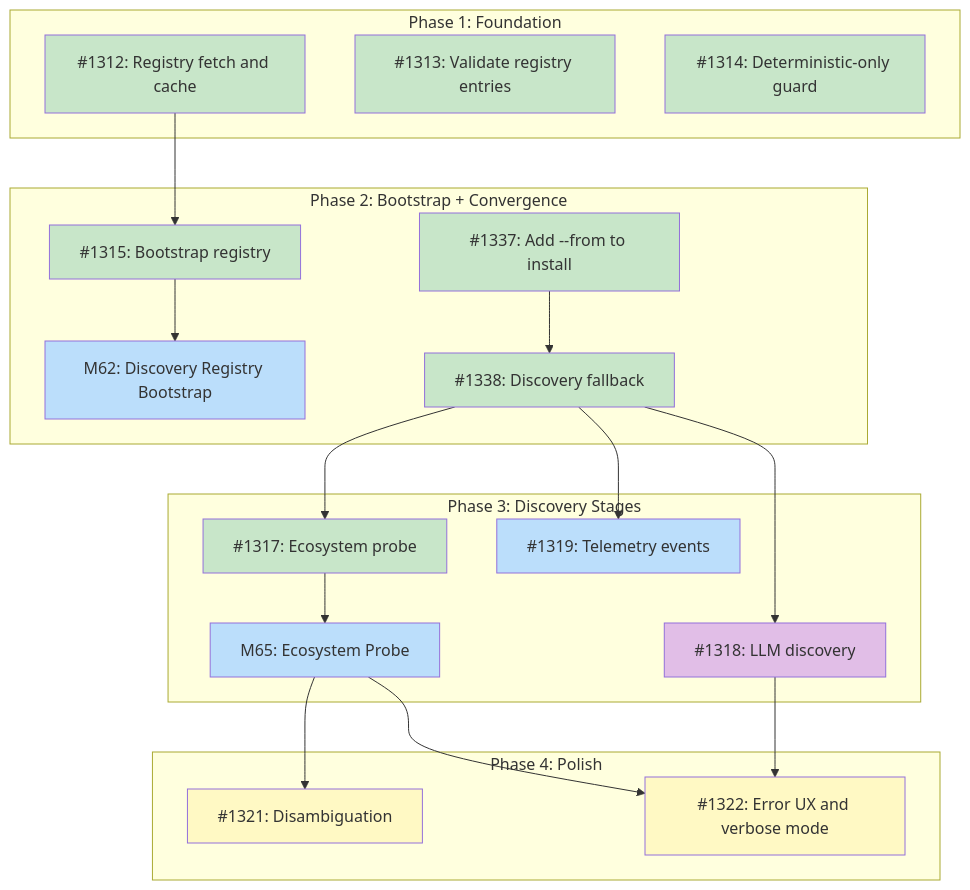
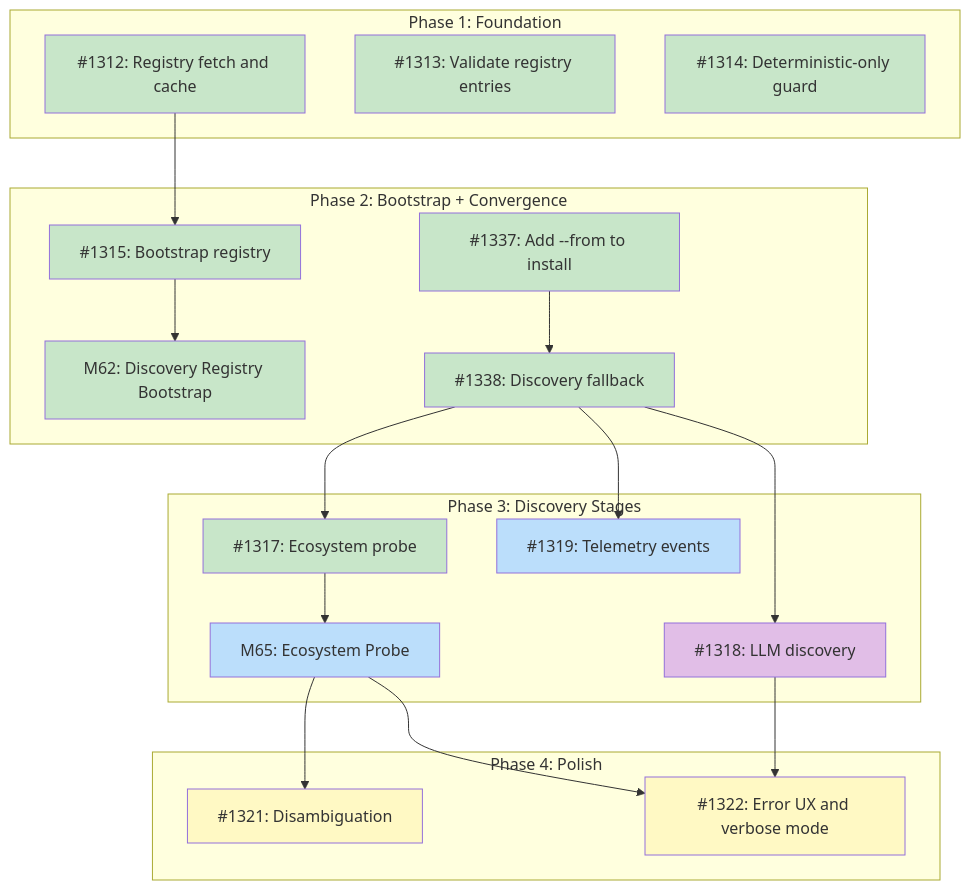
The diagram in docs/designs/DESIGN-discovery-resolver.md (tsukumogami/tsuku), drawn with Mermaid before and after one commit. The commit also changed other lines of this file and 1 other file, not shown here.

````diff
--- a/docs/designs/DESIGN-discovery-resolver.md
+++ b/docs/designs/DESIGN-discovery-resolver.md
@@ -64,53 +64,54 @@
 ```mermaid
 graph TD
     subgraph Phase1["Phase 1: Foundation"]
         I1312["#1312: Registry fetch and cache"]
         I1313["#1313: Validate registry entries"]
         I1314["#1314: Deterministic-only guard"]
     end
 
     subgraph Phase2["Phase 2: Bootstrap + Convergence"]
         M62["M62: Discovery Registry Bootstrap"]
         I1315["#1315: Bootstrap registry"]
         I1337["#1337: Add --from to install"]
         I1338["#1338: Discovery fallback"]
     end
 
     subgraph Phase3["Phase 3: Discovery Stages"]
         I1317["#1317: Ecosystem probe"]
         M65["M65: Ecosystem Probe"]
         I1318["#1318: LLM discovery"]
         I1319["#1319: Telemetry events"]
     end
 
     subgraph Phase4["Phase 4: Polish"]
         I1321["#1321: Disambiguation"]
         I1322["#1322: Error UX and verbose mode"]
     end
 
     I1312 --> I1315
     I1315 --> M62
     I1337 --> I1338
     I1338 --> I1317
     I1317 --> M65
     I1338 --> I1318
     I1338 --> I1319
     M65 --> I1321
     M65 --> I1322
     I1318 --> I1322
 
     classDef done fill:#c8e6c9
     classDef ready fill:#bbdefb
     classDef blocked fill:#fff9c4
     classDef needsDesign fill:#e1bee7
 
     class I1312,I1313,I1314 done
     class I1337,I1338 done
     class I1319 ready
     class I1317 done
     class I1318 needsDesign
-    class M65,M62 ready
+    class M65 ready
+    class M62 done
     class I1315 done
     class I1321 blocked
     class I1322 blocked
 ```
````
